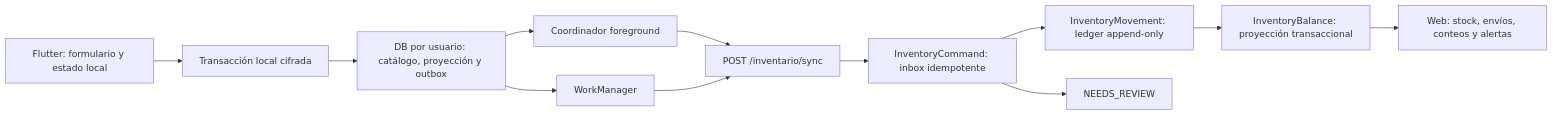
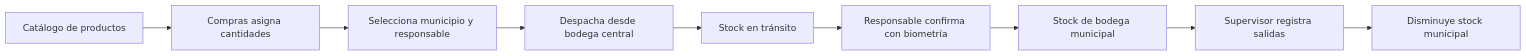
Before and after one commit to jonnatanba1/Futuragest-backend-frontend: the diagram in INVENTARIO_PLAN.md, drawn with Mermaid. The commit also changed other lines of this file and 19 other files, not shown here.

Commit message:
feat(inventory): simplify municipal stock workflow

````diff
--- a/INVENTARIO_PLAN.md
+++ b/INVENTARIO_PLAN.md
@@ -310,14 +16,11 @@
 ```mermaid
 flowchart LR
-    UI["Flutter: formulario y estado local"] --> TX["Transacción local cifrada"]
-    TX --> DB["DB por usuario: catálogo, proyección y outbox"]
-    DB --> FG["Coordinador foreground"]
-    DB --> WM["WorkManager"]
-    FG --> API["POST /inventario/sync"]
-    WM --> API
-    API --> INBOX["InventoryCommand: inbox idempotente"]
-    INBOX --> LEDGER["InventoryMovement: ledger append-only"]
-    INBOX --> REVIEW["NEEDS_REVIEW"]
-    LEDGER --> BAL["InventoryBalance: proyección transaccional"]
-    BAL --> WEB["Web: stock, envíos, conteos y alertas"]
+    A["Catálogo de productos"] --> B["Compras asigna cantidades"]
+    B --> C["Selecciona municipio y responsable"]
+    C --> D["Despacha desde bodega central"]
+    D --> E["Stock en tránsito"]
+    E --> F["Responsable confirma con biometría"]
+    F --> G["Stock de bodega municipal"]
+    G --> H["Supervisor registra salidas"]
+    H --> I["Disminuye stock municipal"]
 ```
````
